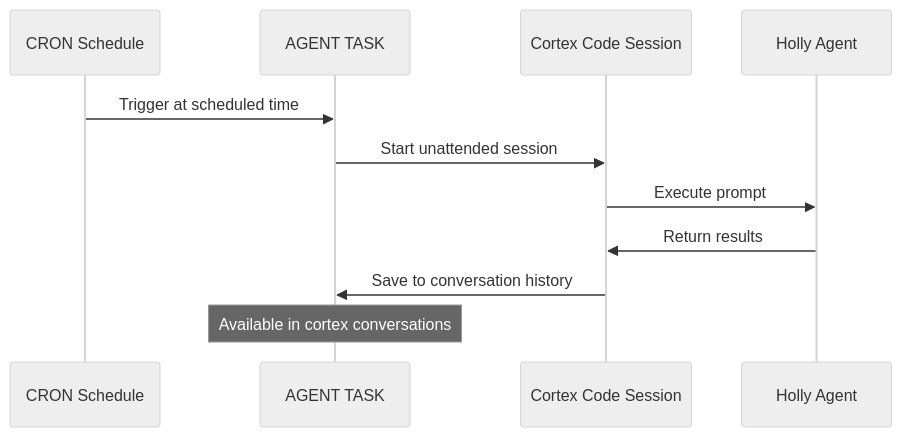
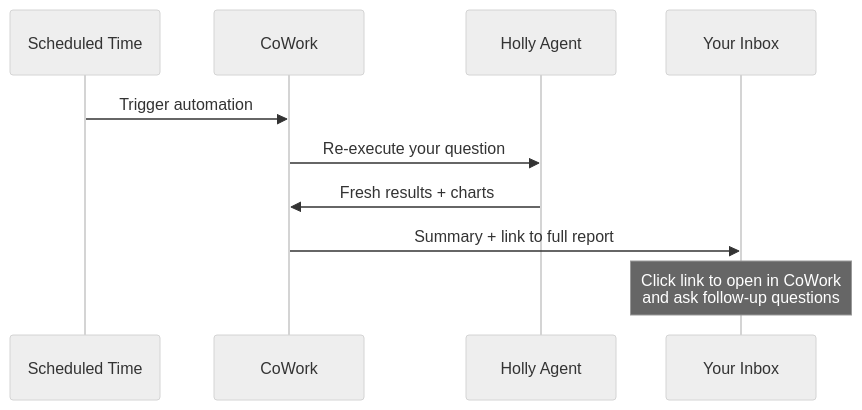
One commit to sfc-gh-cmoynihan/holly-labs changed the second of 2 diagrams in step8_artifacts/step8_readme.md. Above: the diagram before and after it, drawn with Mermaid (neutral theme). The commit also changed other lines of this file and 3 other files, not shown here.

````diff
--- a/step8_artifacts/step8_readme.md
+++ b/step8_artifacts/step8_readme.md
@@ -130,14 +130,13 @@
 ```mermaid
 sequenceDiagram
-    participant Cron as CRON Schedule
-    participant AT as AGENT TASK
-    participant CC as Cortex Code Session
+    participant Schedule as Scheduled Time
+    participant CW as CoWork
     participant Holly as Holly Agent
+    participant Email as Your Inbox
 
-    Cron->>AT: Trigger at scheduled time
-    AT->>CC: Start unattended session
-    CC->>Holly: Execute prompt
-    Holly->>CC: Return results
-    CC->>AT: Save to conversation history
-    Note over AT: Available in cortex conversations
+    Schedule->>CW: Trigger automation
+    CW->>Holly: Re-execute your question
+    Holly->>CW: Fresh results + charts
+    CW->>Email: Summary + link to full report
+    Note over Email: Click link to open in CoWork<br/>and ask follow-up questions
 ```
````
